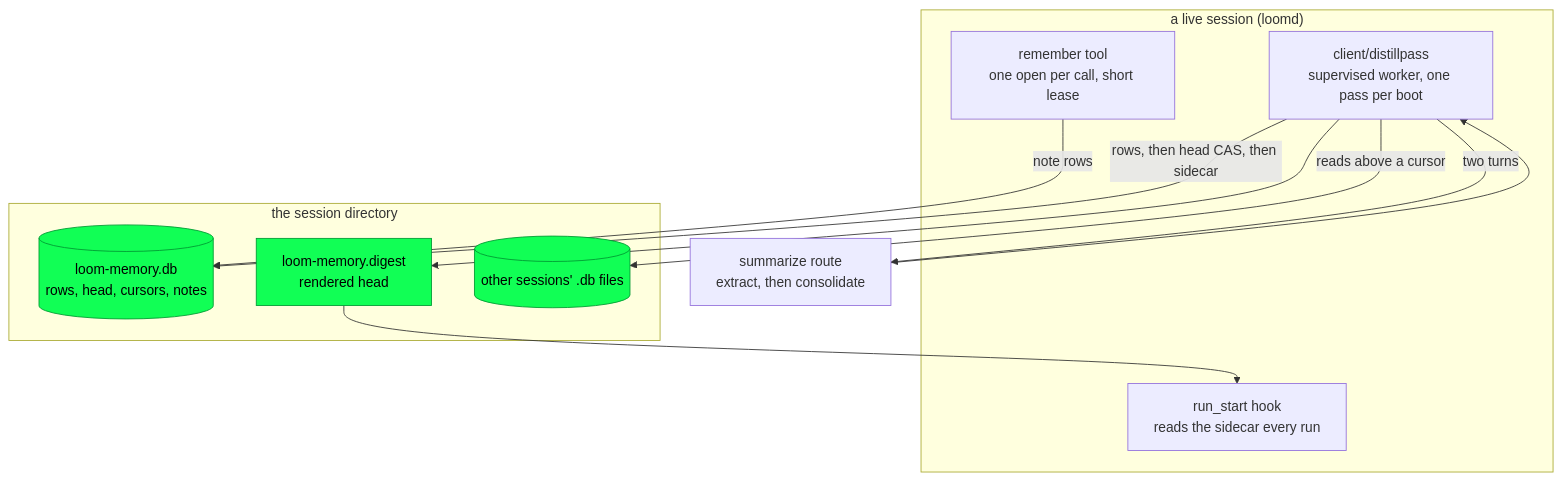
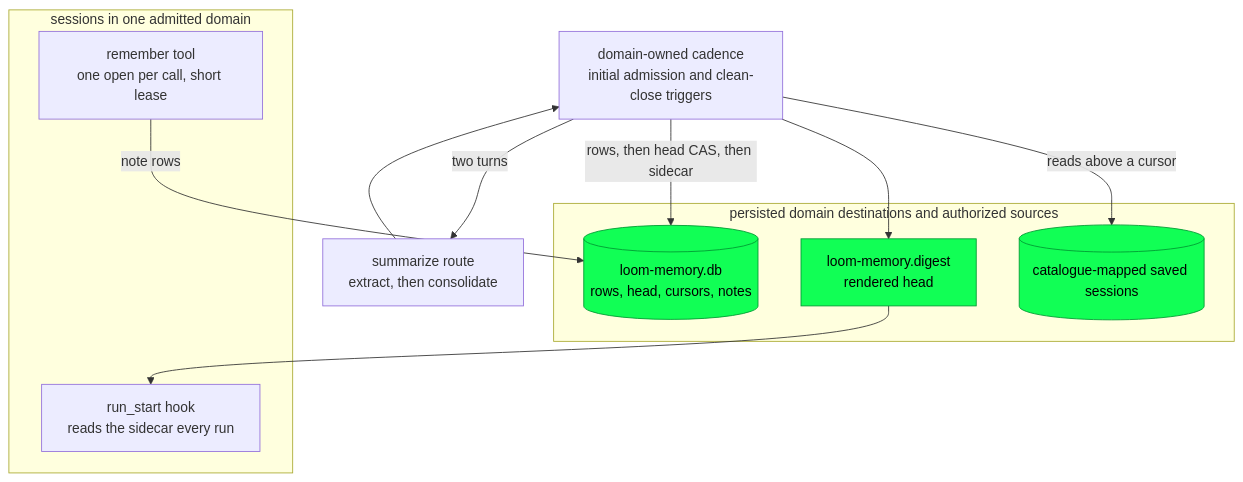
Before and after one commit to Roasbeef/loom: the diagram in docs/architecture/memory.md, drawn with Mermaid. The commit also changed other lines of this file and 43 other files, not shown here.

````diff
--- a/docs/architecture/memory.md
+++ b/docs/architecture/memory.md
@@ -26,27 +24,27 @@
 ```mermaid
 flowchart TB
-    subgraph session["a live session (loomd)"]
+    subgraph session["sessions in one admitted domain"]
         REM["remember tool<br/>one open per call, short lease"]
         HOOK["run_start hook<br/>reads the sidecar every run"]
-        PASS["client/distillpass<br/>supervised worker, one pass per boot"]
     end
 
-    subgraph store["the session directory"]
+    PASS["domain-owned cadence<br/>initial admission and clean-close triggers"]
+    subgraph store["persisted domain destinations and authorized sources"]
         DB[("loom-memory.db<br/>rows, head, cursors, notes")]
         SIDE["loom-memory.digest<br/>rendered head"]
-        SRC[("other sessions' .db files")]
+        SRC[("catalogue-mapped saved sessions")]
     end
 
     MODEL["summarize route<br/>extract, then consolidate"]
 
     REM -- "note rows" --> DB
     PASS -- "reads above a cursor" --> SRC
     PASS -- "two turns" --> MODEL
     MODEL --> PASS
     PASS -- "rows, then head CAS, then sidecar" --> DB
     PASS --> SIDE
     SIDE --> HOOK
 
     classDef durable fill:#1f5,stroke:#093,color:#000;
     class DB,SIDE,SRC durable
 ```
````
